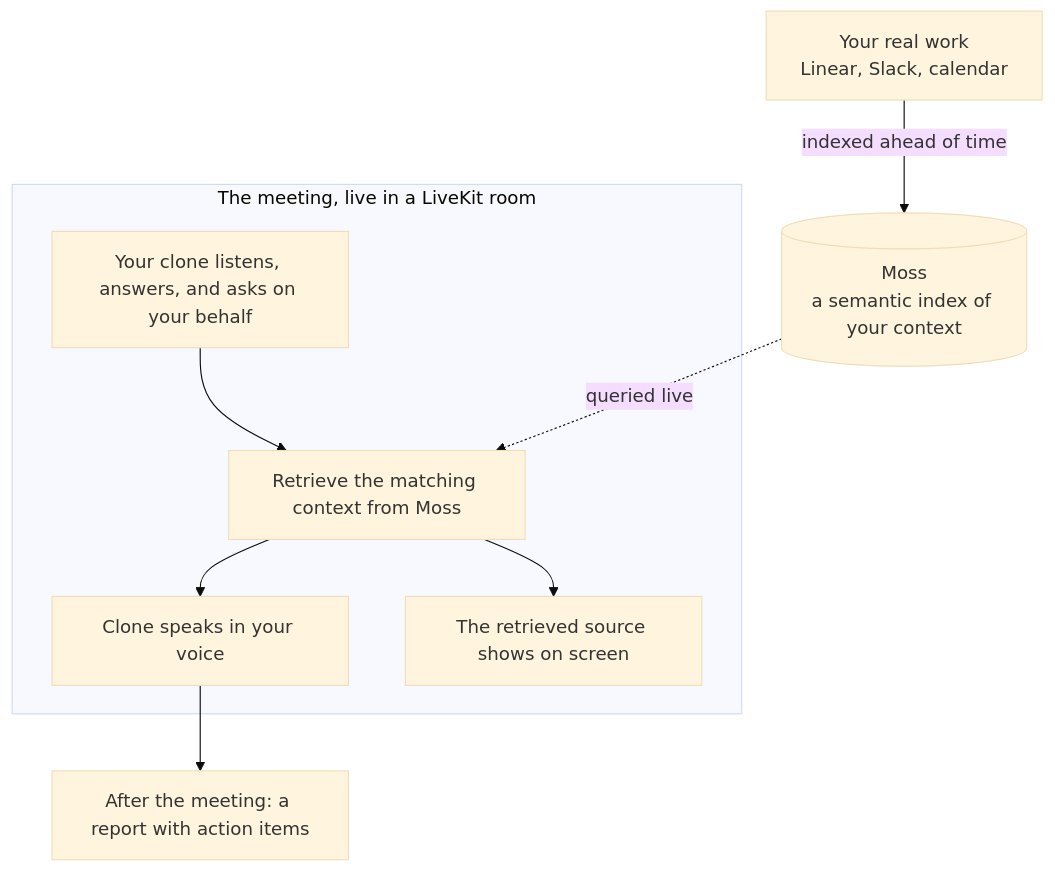
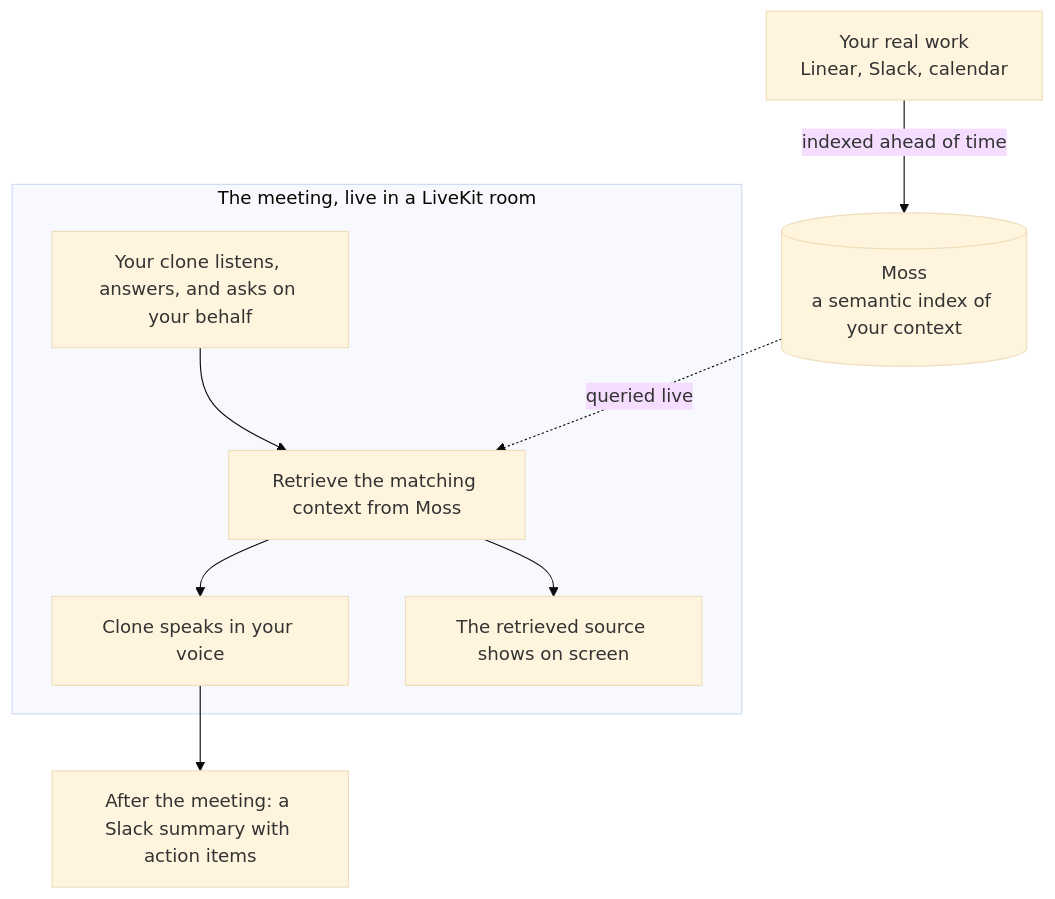
Before and after one commit to nuhamohamed/voiceai: the diagram in README.md, drawn with Mermaid (base theme). The commit also changed other lines of this file and 2 other files, not shown here.

````diff
--- a/README.md
+++ b/README.md
@@ -31,19 +29,19 @@
 ```mermaid
 flowchart TB
     src["Your real work<br/>Linear, Slack, calendar"]
     moss[("Moss<br/>a semantic index of your context")]
     src -->|indexed ahead of time| moss
 
     subgraph room["The meeting, live in a LiveKit room"]
         q["Your clone listens, answers, and asks on your behalf"]
         ret["Retrieve the matching context from Moss"]
         ans["Clone speaks in your voice"]
         screen["The retrieved source shows on screen"]
         q --> ret
         ret --> ans
         ret --> screen
     end
 
     moss -.->|queried live| ret
-    ans --> slack["After the meeting: a report with action items"]
+    ans --> slack["After the meeting: a Slack summary with action items"]
 ```
````
